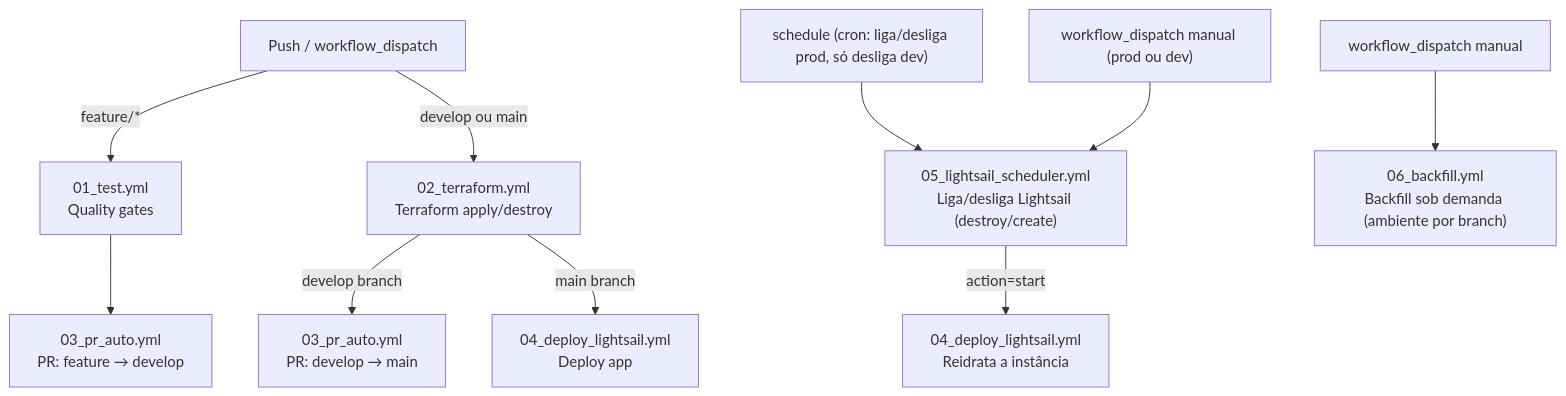
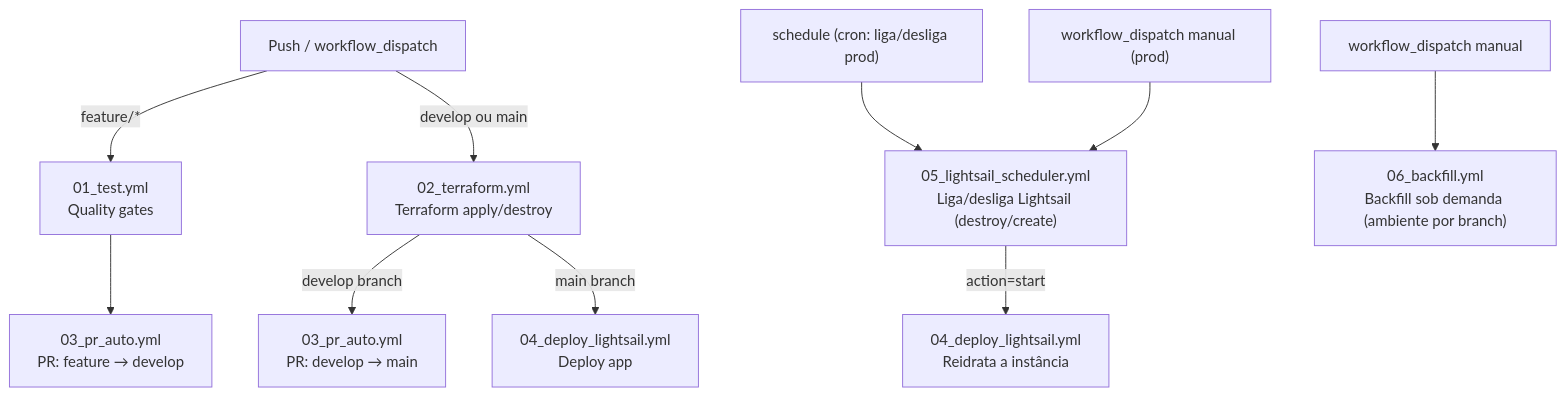
The diagram in .github/workflow.md (lucas-soares-galvao/movie-data-pipeline-aws), drawn with Mermaid before and after one commit. The commit also changed other lines of this file and 23 other files, not shown here.

Commit message:
fix: removendo o deploy e o scheduler do lightsail de dev

````diff
--- a/.github/workflow.md
+++ b/.github/workflow.md
@@ -21,17 +21,17 @@
 ```mermaid
 flowchart TD
     PUSH["Push / workflow_dispatch"]
 
     PUSH -->|feature/*| TEST["01_test.yml\nQuality gates"]
     PUSH -->|develop ou main| TF["02_terraform.yml\nTerraform apply/destroy"]
 
     TEST --> PR_FEAT["03_pr_auto.yml\nPR: feature → develop"]
     TF -->|develop branch| PR_ENV["03_pr_auto.yml\nPR: develop → main"]
     TF -->|main branch| DEPLOY["04_deploy_lightsail.yml\nDeploy app"]
 
-    CRON["schedule (cron: liga/desliga prod, só desliga dev)"] --> SCHED["05_lightsail_scheduler.yml\nLiga/desliga Lightsail (destroy/create)"]
-    MANUAL2["workflow_dispatch manual (prod ou dev)"] --> SCHED
+    CRON["schedule (cron: liga/desliga prod)"] --> SCHED["05_lightsail_scheduler.yml\nLiga/desliga Lightsail (destroy/create)"]
+    MANUAL2["workflow_dispatch manual (prod)"] --> SCHED
     SCHED -->|action=start| DEPLOY2["04_deploy_lightsail.yml\nReidrata a instância"]
 
     MANUAL["workflow_dispatch manual"] --> BACKFILL["06_backfill.yml\nBackfill sob demanda (ambiente por branch)"]
 ```
````
